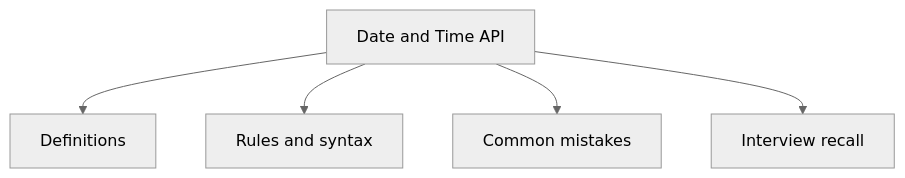
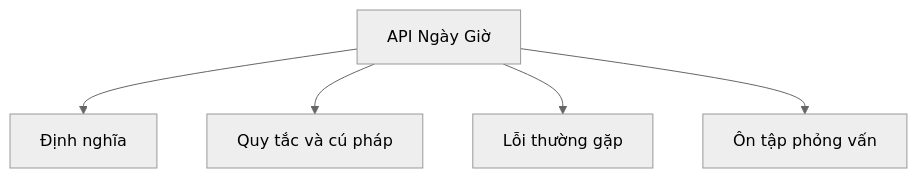
The diagram in 25-date-time-api/README.md (PhuThien2005/theoretical-of-java-core), drawn with Mermaid (neutral theme) before and after one commit. The commit also changed other lines of this file and 229 other files, not shown here.

````diff
--- a/25-date-time-api/README.md
+++ b/25-date-time-api/README.md
@@ -50,7 +50,7 @@
 ```mermaid
 flowchart TD
-    A[Date and Time API] --> B[Definitions]
-    A --> C[Rules and syntax]
-    A --> D[Common mistakes]
-    A --> E[Interview recall]
+    A[API Ngày Giờ] --> B[Định nghĩa]
+    A --> C[Quy tắc và cú pháp]
+    A --> D[Lỗi thường gặp]
+    A --> E[Ôn tập phỏng vấn]
 ```
````
